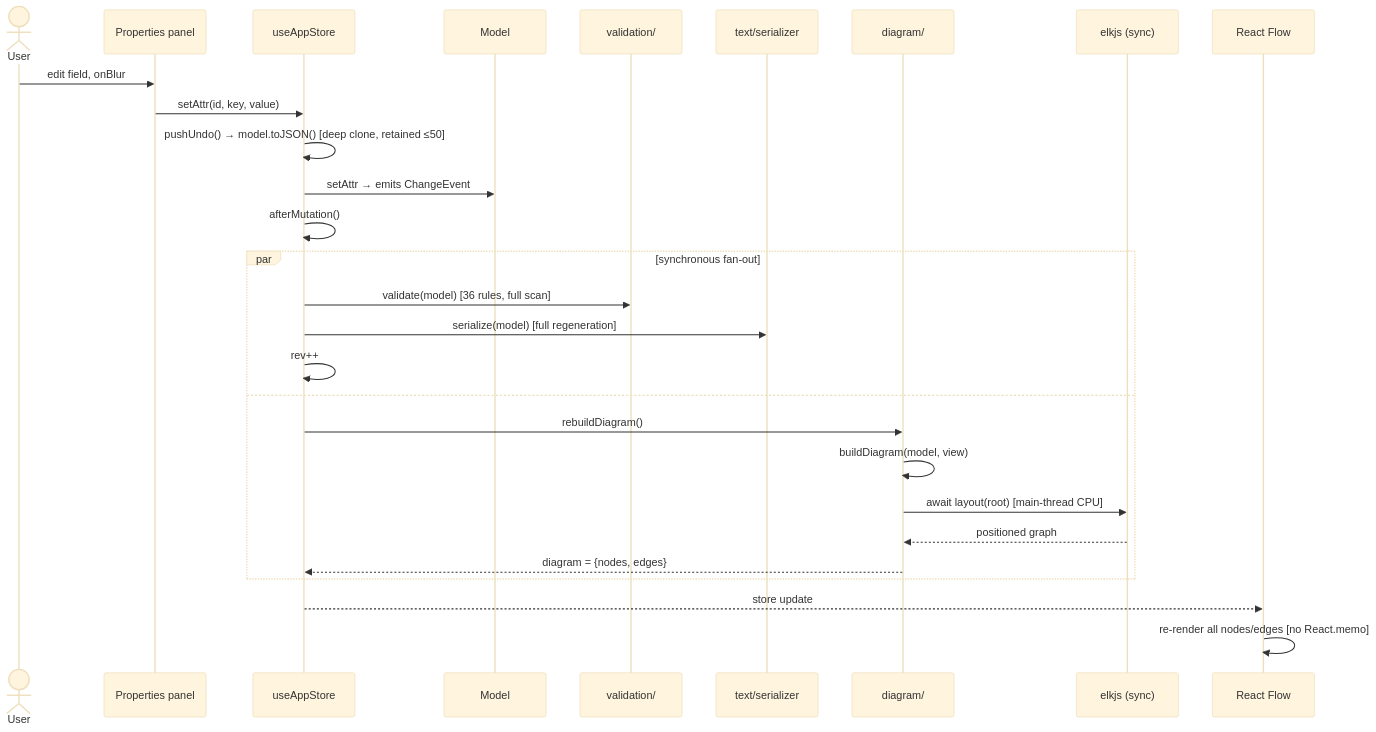
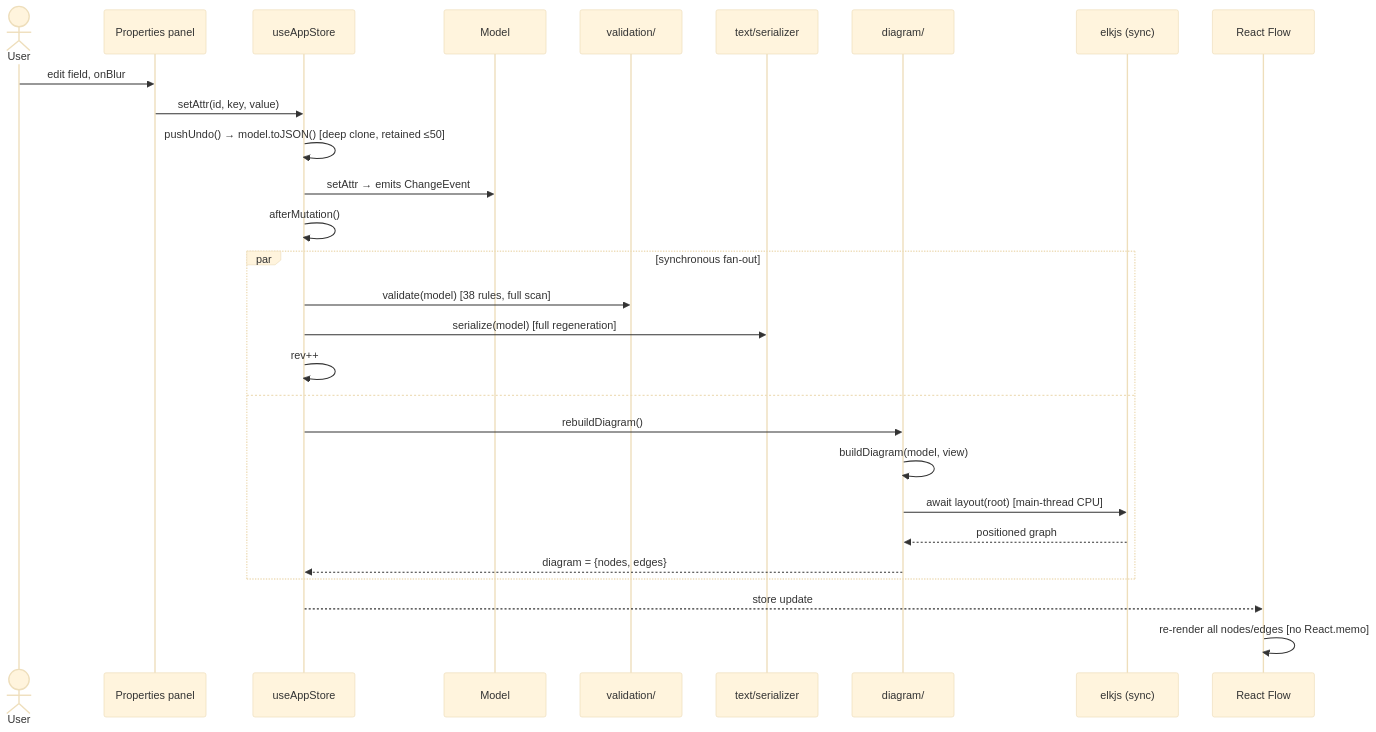
Before and after one commit to cosmindxu/sysprose: the second of 8 diagrams in docs/architecture/06-sequence-diagrams.md, drawn with Mermaid (base theme). The commit also changed 12 other files, not shown here.

````diff
--- a/docs/architecture/06-sequence-diagrams.md
+++ b/docs/architecture/06-sequence-diagrams.md
@@ -30,31 +30,31 @@
 ```mermaid
 sequenceDiagram
     actor U as User
     participant P as Properties panel
     participant S as useAppStore
     participant M as Model
     participant V as validation/
     participant T as text/serializer
     participant D as diagram/
     participant ELK as elkjs (sync)
     participant RF as React Flow
 
     U->>P: edit field, onBlur
     P->>S: setAttr(id, key, value)
     S->>S: pushUndo() → model.toJSON() [deep clone, retained ≤50]
     S->>M: setAttr → emits ChangeEvent
     S->>S: afterMutation()
     par synchronous fan-out
-        S->>V: validate(model) [36 rules, full scan]
+        S->>V: validate(model) [38 rules, full scan]
         S->>T: serialize(model) [full regeneration]
         S->>S: rev++
     and
         S->>D: rebuildDiagram()
         D->>D: buildDiagram(model, view)
         D->>ELK: await layout(root) [main-thread CPU]
         ELK-->>D: positioned graph
         D-->>S: diagram = {nodes, edges}
     end
     S-->>RF: store update
     RF->>RF: re-render all nodes/edges [no React.memo]
 ```
````
